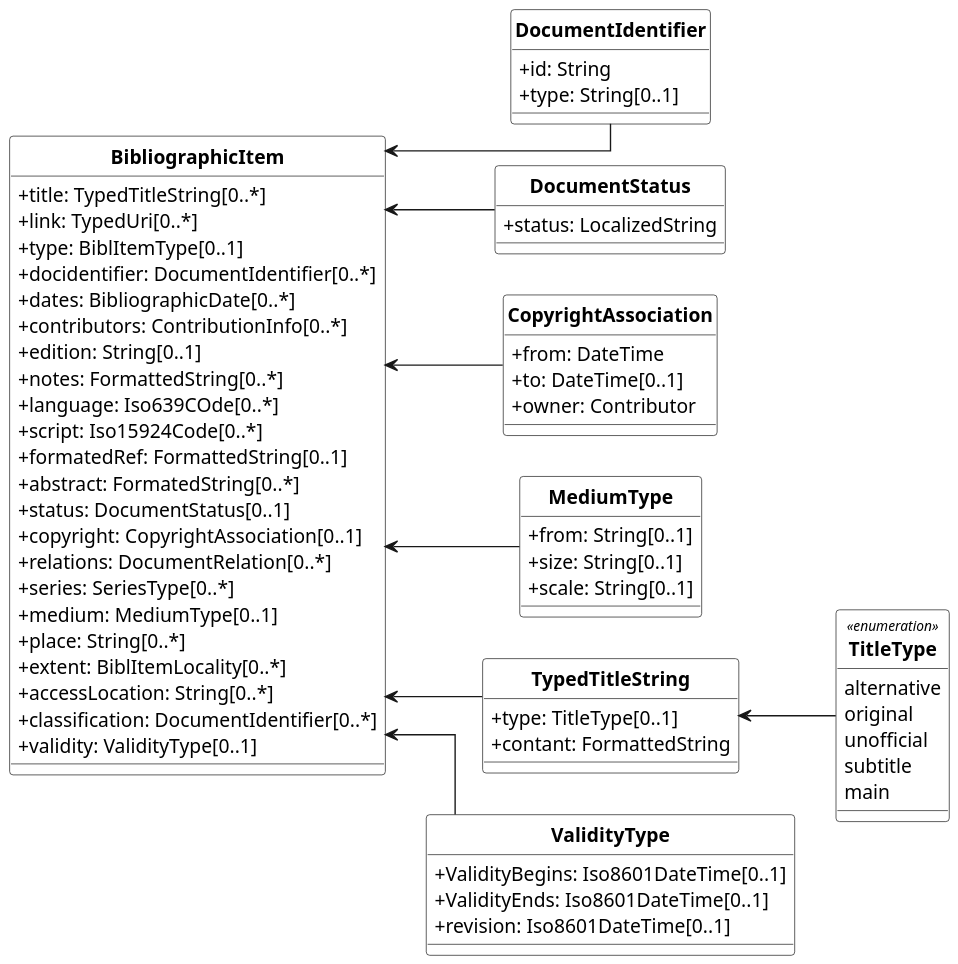
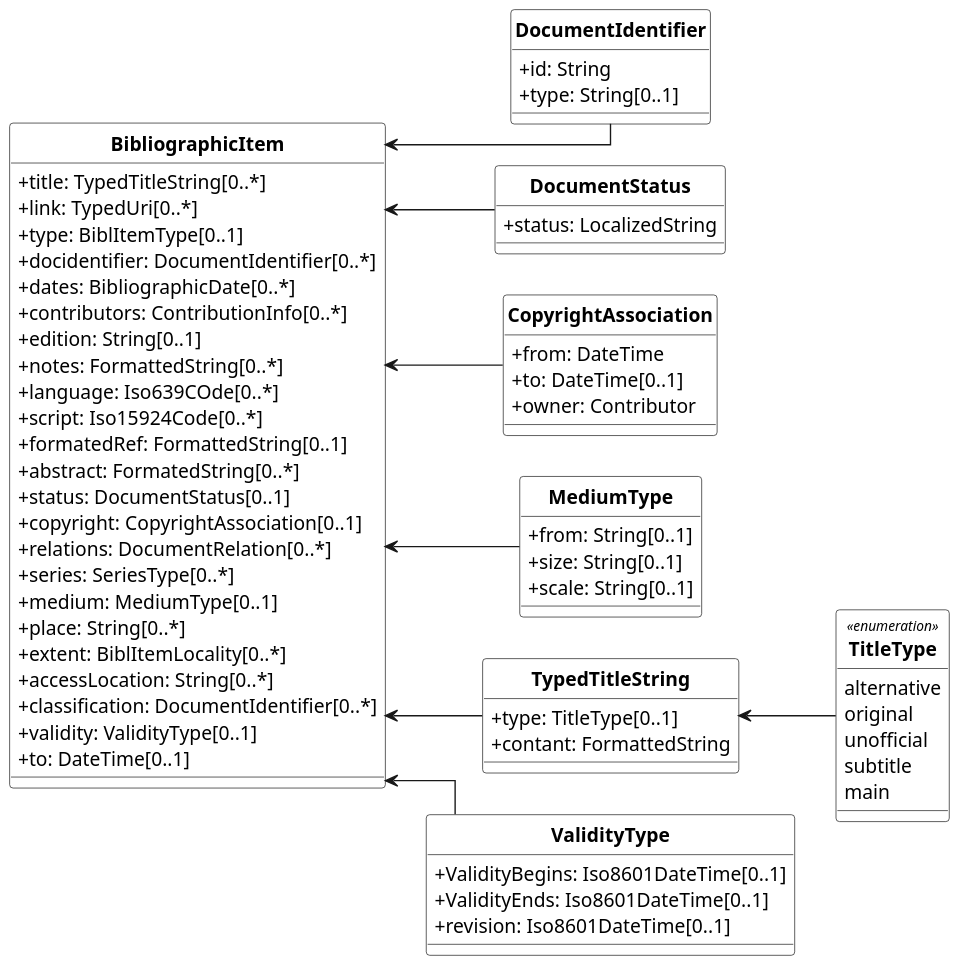
One commit to relaton/relaton-models changed the diagram in models/RelBib_BibliographicItem.wsd. Above: the diagram before and after it, drawn with PlantUML. The commit also changed 2 other files, not shown here.

Commit message:
Port StarUML elements into PlantUML code, fixes #12

```diff
--- a/models/RelBib_BibliographicItem.wsd
+++ b/models/RelBib_BibliographicItem.wsd
@@ -1,151 +1,152 @@
 @startuml RelBib_BibliographicItem
 /'
 Diagram:        RelBib_BibliographicItem
 DateCreate:     30/08/2018
 Description:    These bibliographic models are developed to consolidate and standardize the data models used for bibliographic and citation purposes.
                 These models are meant to be fully compatible with ISO 690 and ISO TC 46’s (and SC 4, SC 9) work on bibliography.
                 They are used extensively in the following projects as containers for bibliographic data management and for managing document metadata:
 
                 - ISO Standards
                 - CSD Standards
                 - Chinese Standards (GB and family)
                 - ISO bibliography gem
-                
+
                 Below are the UML diagrams.
                 The document models are expressed as UML and as RelaxNG Compact (RNC) grammars; see discussion under Grammars. This repository contains the RNC grammars for the base BibliographicItem model, Citation model and the Contributor model.
                 The document models are currently used by IsoDoc-based authoring tools for standards, which convert Asciidoctor source to XML representations of the document models, and validate the XML generated against the RNC schemas:
-                
+
                 - https://github.com/riboseinc/asciidoctor-iso
                 - https://github.com/riboseinc/asciidoctor-csd
                 - https://github.com/riboseinc/asciidoctor-gb
-                
+
                 They are also used by tools that render those XML representations of the document models, into HTML and Microsoft Word:
-                
+
                 - https://github.com/riboseinc/isodoc
                 - https://github.com/riboseinc/asciidoctor-csd (inheriting from isodoc)
                 - https://github.com/riboseinc/asciidoctor-gb (inheriting from isodoc)
 
 Hystory of changes:
 > DD/MM/YYYY
-    - 
-    - 
+    -
+    -
 '/
 
 '******* CONFIGURATION ************************************************
 left to right direction
 skinparam classAttributeIconSize 0
 skinparam Dpi 150
 skinparam Monochrome true
 skinparam LineType ortho
 skinparam nodesep 30
 skinparam ranksep 30
 hide circle
 /' skinparam CircledCharacterRadius 0 '/
 /' skinparam CircledCharacterFontSize 0 '/
 skinparam Default {
 TextAlignment center
 FontName Helvetica
 }
 skinparam Class {
 AttributeIconSize 0
 BackgroundColor White
 FontStyle bold
 StereotypeFontSize 10
 }
 skinparam Rectangle {
 BackgroundColor White
 FontStyle bold
 FontSize 11
 StereotypeFontSize 10
 }
 skinparam Object {
 BackgroundColor White
 FontStyle bold
 FontSize 11
 StereotypeFontSize 10
 }
 skinparam Entity {
 StereotypeFontSize 10
 }
 
 '******* CLASS DEFINITION *********************************************
 class BibliographicItem {
     +title: TypedTitleString[0..*]
     +link: TypedUri[0..*]
     +type: BiblItemType[0..1]
     +docidentifier: DocumentIdentifier[0..*]
     +dates: BibliographicDate[0..*]
     +contributors: ContributionInfo[0..*]
     +edition: String[0..1]
     +notes: FormattedString[0..*]
     +language: Iso639COde[0..*]
     +script: Iso15924Code[0..*]
     +formatedRef: FormattedString[0..1]
     +abstract: FormatedString[0..*]
     +status: DocumentStatus[0..1]
     +copyright: CopyrightAssociation[0..1]
     +relations: DocumentRelation[0..*]
     +series: SeriesType[0..*]
     +medium: MediumType[0..1]
     +place: String[0..*]
     +extent: BiblItemLocality[0..*]
     +accessLocation: String[0..*]
     +classification: DocumentIdentifier[0..*]
     +validity: ValidityType[0..1]
+    +to: DateTime[0..1]
 }
 
 class DocumentIdentifier{
     +id: String
     +type: String[0..1]
 }
 
 class DocumentStatus{
     +status: LocalizedString
 }
 
 class CopyrightAssociation{
     +from: DateTime
     +to: DateTime[0..1]
     +owner: Contributor
 }
 
 class MediumType{
     +from: String[0..1]
     +size: String[0..1]
     +scale: String[0..1]
 }
 
 class TypedTitleString{
     +type: TitleType[0..1]
     +contant: FormattedString
 }
 
 class ValidityType{
     +ValidityBegins: Iso8601DateTime[0..1]
     +ValidityEnds: Iso8601DateTime[0..1]
     +revision: Iso8601DateTime[0..1]
 }
 
 enum TitleType <<enumeration>>{
     alternative
     original
     unofficial
     subtitle
     main
 }
 
 '******* NOTES ********************************************************
 
 
 '******* CLASS RELATIONS **********************************************
 
 BibliographicItem <-- DocumentIdentifier
 BibliographicItem <-- DocumentStatus
 BibliographicItem <-- CopyrightAssociation
 BibliographicItem <-- MediumType
 BibliographicItem <-- TypedTitleString
 BibliographicItem <-- ValidityType
 
 TypedTitleString <-- TitleType
 
 @enduml
```
